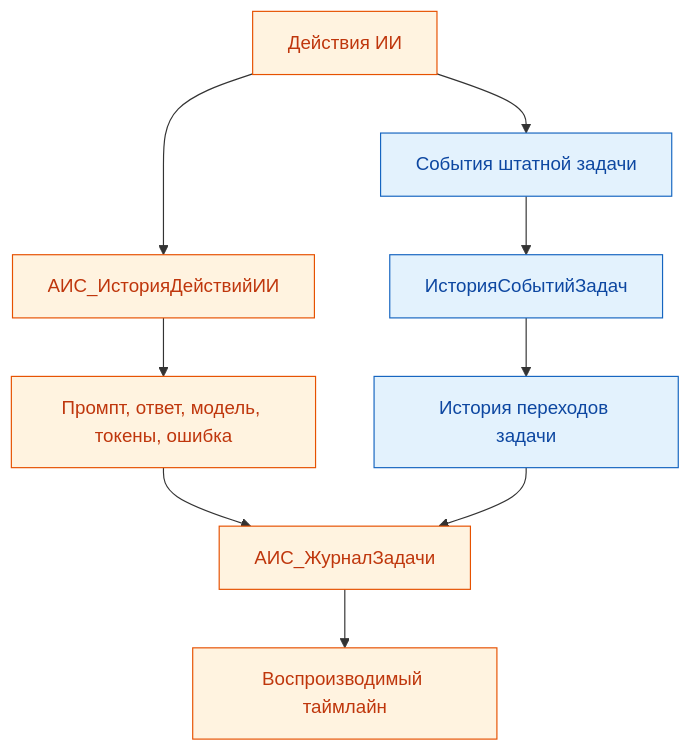
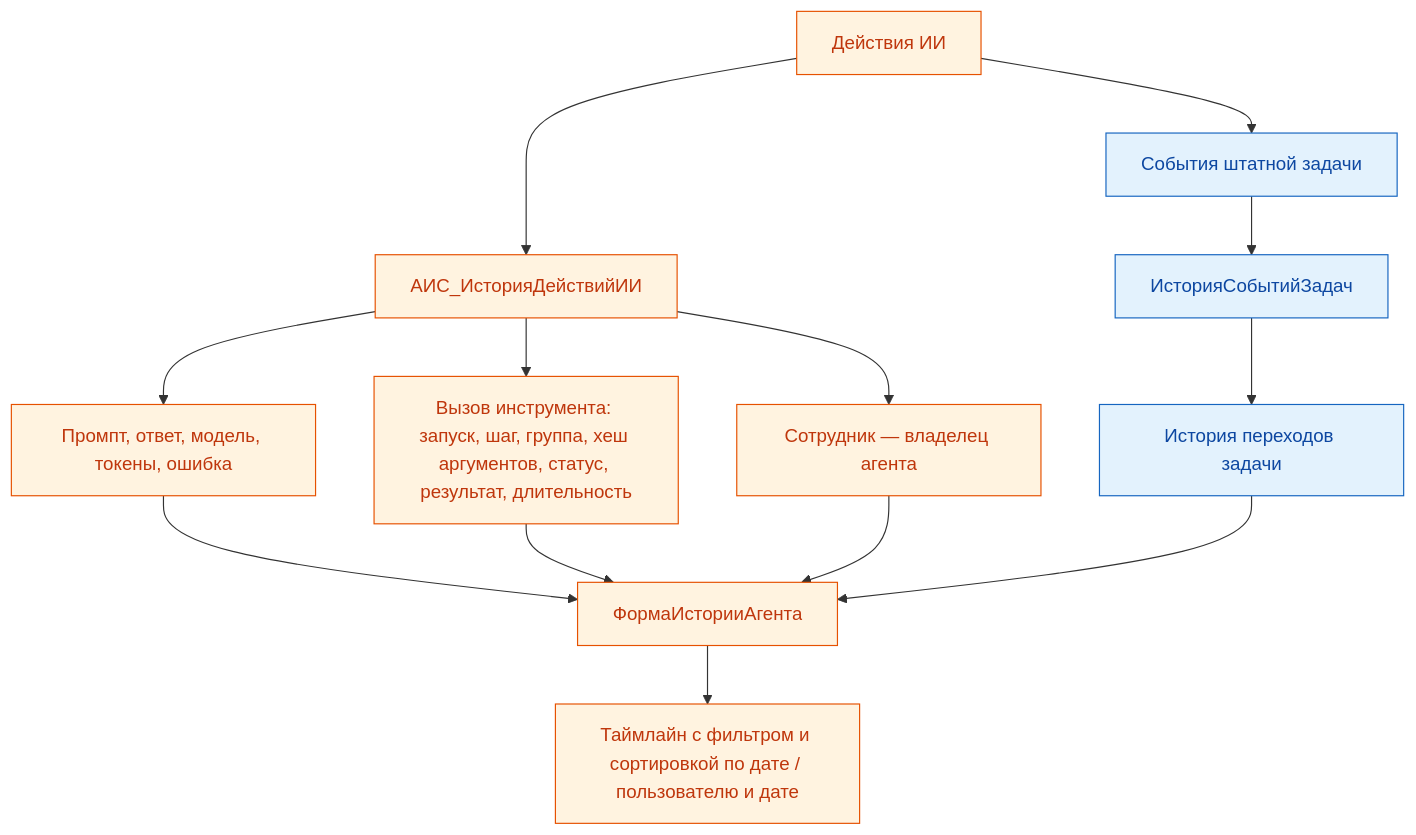
The tenth of 18 diagrams in docs/process-diagrams.md (igorvolk1961/ai_scrivener), drawn with Mermaid before and after one commit. The commit also changed other lines of this file and 12 other files, not shown here.

````diff
--- a/docs/process-diagrams.md
+++ b/docs/process-diagrams.md
@@ -338,15 +338,19 @@
 ```mermaid
 flowchart TD
   A["Действия ИИ"] --> B["АИС_ИсторияДействийИИ"]
   A --> C["События штатной задачи"]
   C --> D["ИсторияСобытийЗадач"]
   B --> E["Промпт, ответ, модель, токены, ошибка"]
-  D --> F["История переходов задачи"]
-  E --> G["АИС_ЖурналЗадачи"]
-  F --> G
-  G --> H["Воспроизводимый таймлайн"]
+  B --> F["Вызов инструмента: запуск, шаг, группа, хеш аргументов, статус, результат, длительность"]
+  B --> U["Сотрудник — владелец агента"]
+  D --> G["История переходов задачи"]
+  E --> H["ФормаИсторииАгента"]
+  F --> H
+  U --> H
+  G --> H
+  H --> I["Таймлайн с фильтром и сортировкой по дате / пользователю и дате"]
   classDef base fill:#E3F2FD,stroke:#1565C0,color:#0D47A1
   classDef ext fill:#FFF3E0,stroke:#E65100,color:#BF360C
-  class C,D,F base
-  class A,B,E,G,H ext
+  class C,D,G base
+  class A,B,E,F,U,H,I ext
 ```
````
